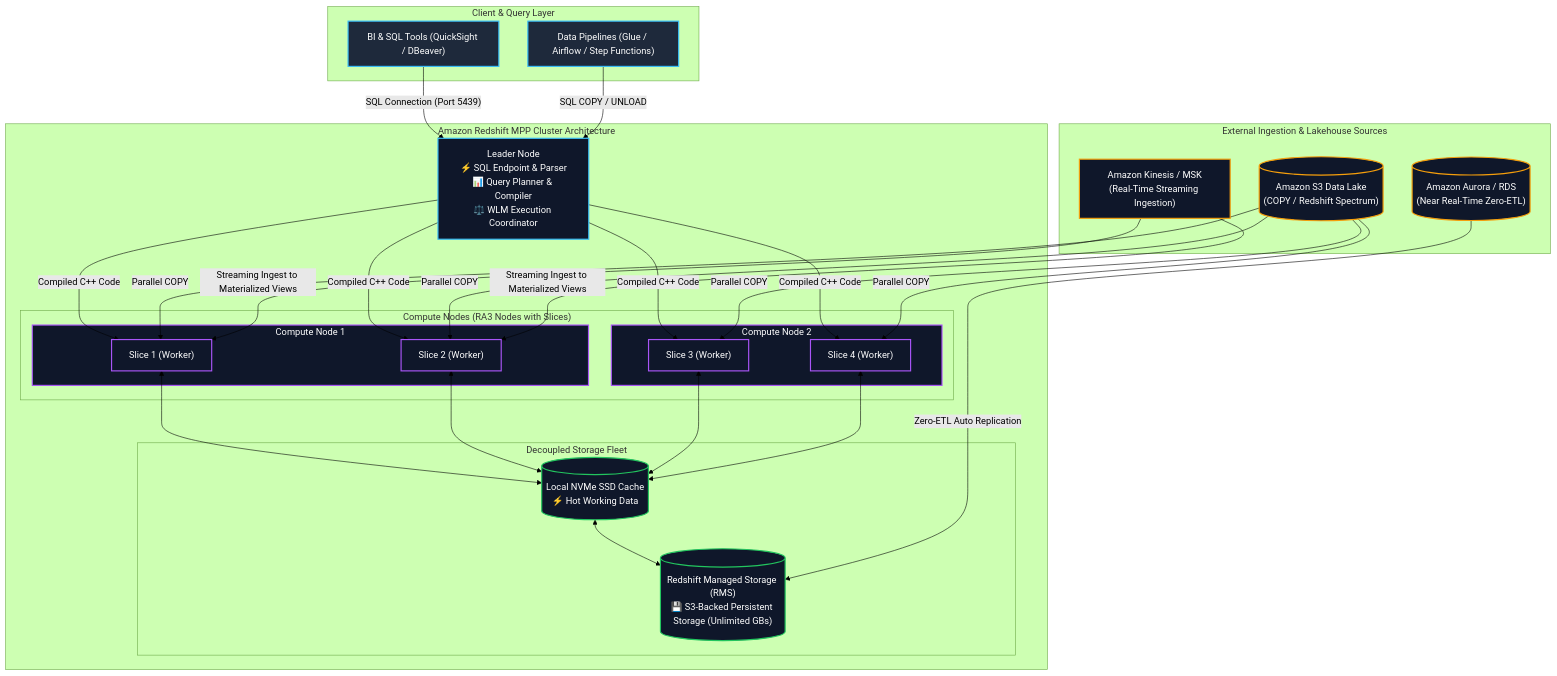
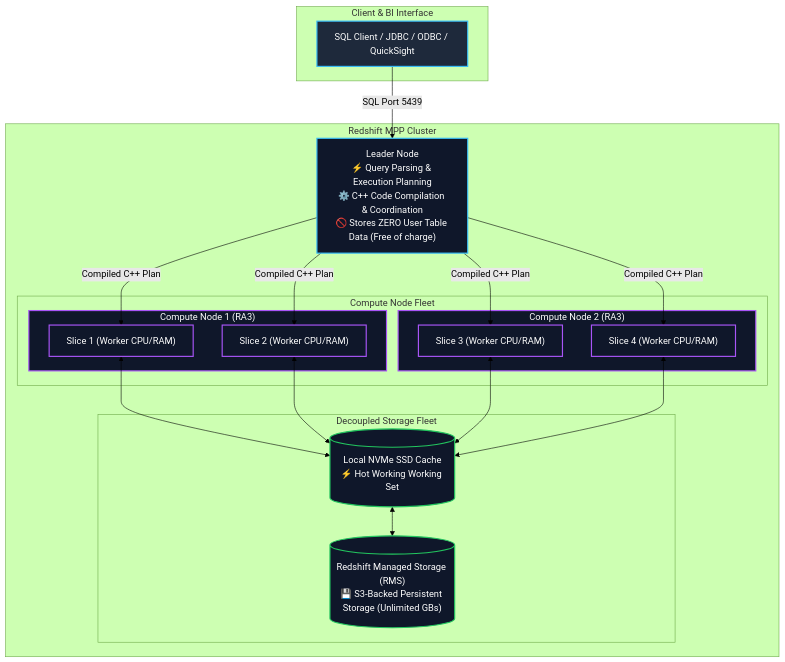
Before and after one commit to Wathon/aws-dea-c01-note: the first of 9 diagrams in content/02-services/database/redshift.md, drawn with Mermaid (forest theme). The commit also changed other lines of this file, not shown here.

Commit message:
feat(redshift): comprehensively map and detail all 46 course slides (pages 220-265) into master study note

````diff
--- a/content/02-services/database/redshift.md
+++ b/content/02-services/database/redshift.md
@@ -37,61 +64,46 @@
 ```mermaid
 graph TB
-    subgraph ClientLayer["Client & Query Layer"]
-        SQLClients["BI & SQL Tools (QuickSight / DBeaver)"]
-        ETLPipelines["Data Pipelines (Glue / Airflow / Step Functions)"]
+    subgraph ClientLayer["Client & BI Interface"]
+        SQLClient["SQL Client / JDBC / ODBC / QuickSight"]
     end
 
-    subgraph RedshiftCluster["Amazon Redshift MPP Cluster Architecture"]
-        LeaderNode["Leader Node<br/>⚡ SQL Endpoint & Parser<br/>📊 Query Planner & Compiler<br/>⚖️ WLM Execution Coordinator"]
-        
-        subgraph ComputeFleet["Compute Nodes (RA3 Nodes with Slices)"]
-            subgraph Node1["Compute Node 1"]
-                Slice1["Slice 1 (Worker)"]
-                Slice2["Slice 2 (Worker)"]
+    subgraph Cluster["Redshift MPP Cluster"]
+        LeaderNode["Leader Node<br/>⚡ Query Parsing & Execution Planning<br/>⚙️ C++ Code Compilation & Coordination<br/>🚫 Stores ZERO User Table Data (Free of charge)"]
+
+        subgraph ComputeNodes["Compute Node Fleet"]
+            subgraph CN1["Compute Node 1 (RA3)"]
+                Slice1["Slice 1 (Worker CPU/RAM)"]
+                Slice2["Slice 2 (Worker CPU/RAM)"]
             end
-            subgraph Node2["Compute Node 2"]
-                Slice3["Slice 3 (Worker)"]
-                Slice4["Slice 4 (Worker)"]
+            subgraph CN2["Compute Node 2 (RA3)"]
+                Slice3["Slice 3 (Worker CPU/RAM)"]
+                Slice4["Slice 4 (Worker CPU/RAM)"]
             end
         end
 
         subgraph StorageLayer["Decoupled Storage Fleet"]
-            LocalCache[("Local NVMe SSD Cache<br/>⚡ Hot Working Data")]
-            RMS[("Redshift Managed Storage (RMS)<br/>💾 S3-Backed Persistent Storage (Unlimited GBs)")]
+            SSDLocal[("Local NVMe SSD Cache<br/>⚡ Hot Working Working Set")]
+            RMSStorage[("Redshift Managed Storage (RMS)<br/>💾 S3-Backed Persistent Storage (Unlimited GBs)")]
         end
     end
 
-    subgraph ExternalSources["External Ingestion & Lakehouse Sources"]
-        S3Bucket[("Amazon S3 Data Lake<br/>(COPY / Redshift Spectrum)")]
-        KinesisStream["Amazon Kinesis / MSK<br/>(Real-Time Streaming Ingestion)"]
-        AuroraZeroETL[("Amazon Aurora / RDS<br/>(Near Real-Time Zero-ETL)")]
-    end
+    SQLClient -->|"SQL Port 5439"| LeaderNode
+    LeaderNode -->|"Compiled C++ Plan"| Slice1
+    LeaderNode -->|"Compiled C++ Plan"| Slice2
+    LeaderNode -->|"Compiled C++ Plan"| Slice3
+    LeaderNode -->|"Compiled C++ Plan"| Slice4
 
-    SQLClients -->|"SQL Connection (Port 5439)"| LeaderNode
-    ETLPipelines -->|"SQL COPY / UNLOAD"| LeaderNode
-
-    LeaderNode -->|"Compiled C++ Code"| Slice1
-    LeaderNode -->|"Compiled C++ Code"| Slice2
-    LeaderNode -->|"Compiled C++ Code"| Slice3
-    LeaderNode -->|"Compiled C++ Code"| Slice4
-
-    Slice1 & Slice2 <--> LocalCache
-    Slice3 & Slice4 <--> LocalCache
-    LocalCache <--> RMS
-
-    S3Bucket -->|"Parallel COPY"| Slice1 & Slice2 & Slice3 & Slice4
-    KinesisStream -->|"Streaming Ingest to Materialized Views"| Slice1 & Slice2
-    AuroraZeroETL -->|"Zero-ETL Auto Replication"| RMS
+    Slice1 & Slice2 <--> SSDLocal
+    Slice3 & Slice4 <--> SSDLocal
+    SSDLocal <--> RMSStorage
 
     classDef client fill:#1e293b,stroke:#38bdf8,stroke-width:2px,color:#fff;
     classDef leader fill:#0f172a,stroke:#38bdf8,stroke-width:2px,color:#fff;
-    classDef compute fill:#0f172a,stroke:#a855f7,stroke-width:2px,color:#fff;
-    classDef storage fill:#0f172a,stroke:#22c55e,stroke-width:2px,color:#fff;
-    classDef ext fill:#0f172a,stroke:#f59e0b,stroke-width:2px,color:#fff;
+    classDef comp fill:#0f172a,stroke:#a855f7,stroke-width:2px,color:#fff;
+    classDef store fill:#0f172a,stroke:#22c55e,stroke-width:2px,color:#fff;
 
-    class SQLClients,ETLPipelines client;
+    class SQLClient client;
     class LeaderNode leader;
-    class Slice1,Slice2,Slice3,Slice4,Node1,Node2 compute;
-    class LocalCache,RMS storage;
-    class S3Bucket,KinesisStream,AuroraZeroETL ext;
+    class Slice1,Slice2,Slice3,Slice4,CN1,CN2 comp;
+    class SSDLocal,RMSStorage store;
 ```
````
